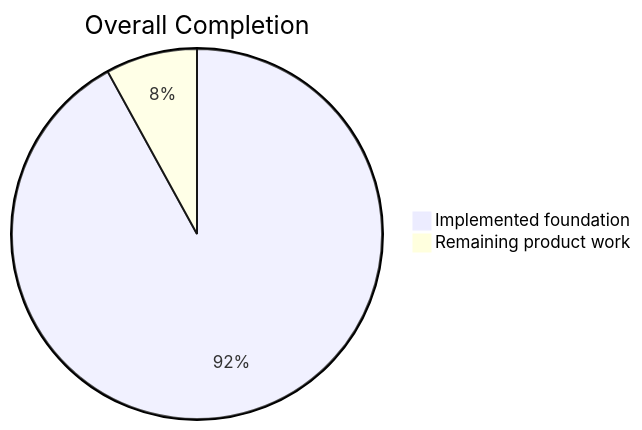
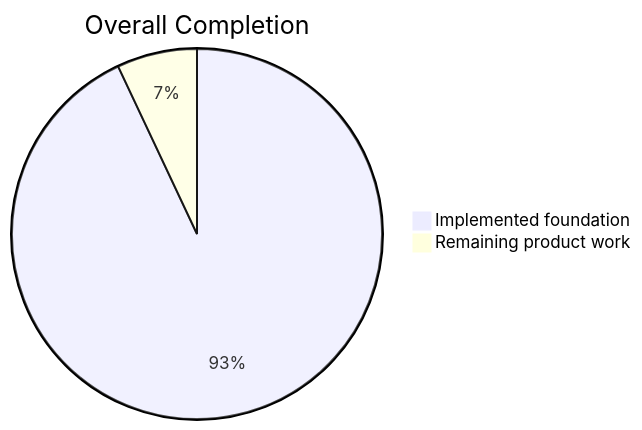
Before and after one commit to lingmulongtai/GlyphRay: the first of 5 diagrams in README.md, drawn with Mermaid. The commit also changed other lines of this file and 18 other files, not shown here.

````diff
--- a/README.md
+++ b/README.md
@@ -15,5 +15,5 @@
 ```mermaid
 pie title Overall Completion
-  "Implemented foundation" : 92
-  "Remaining product work" : 8
+  "Implemented foundation" : 93
+  "Remaining product work" : 7
 ```
````
